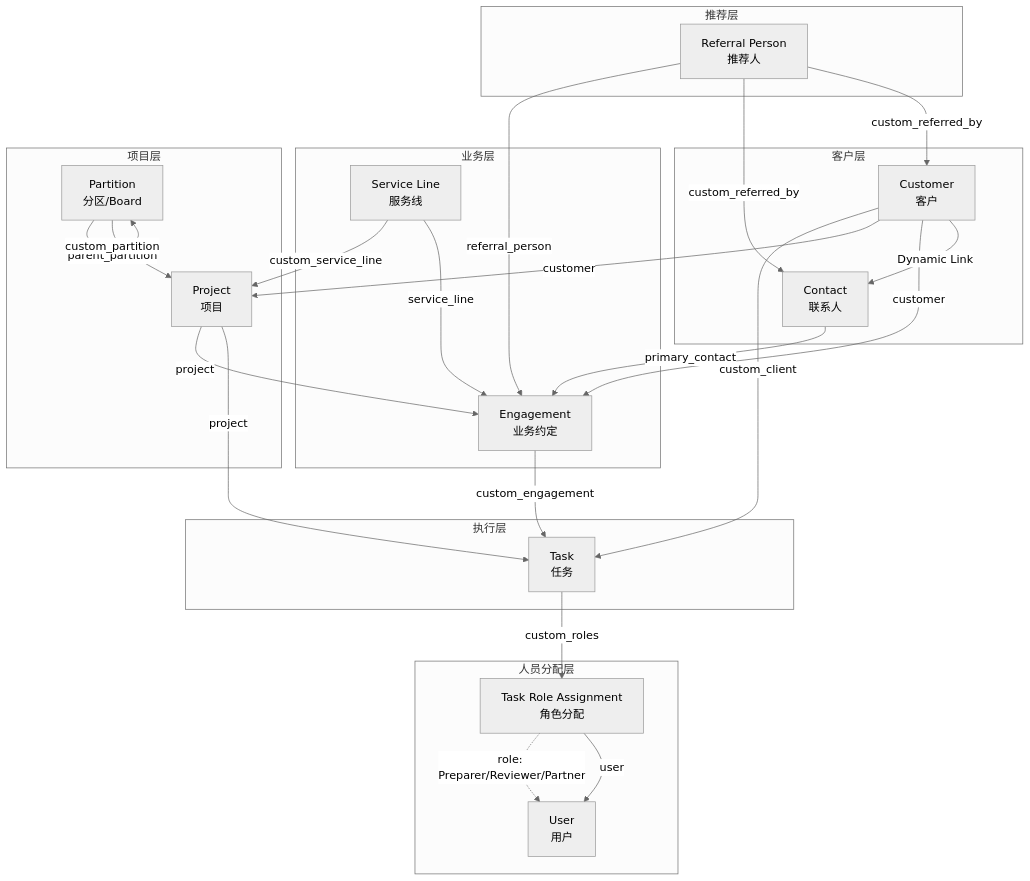
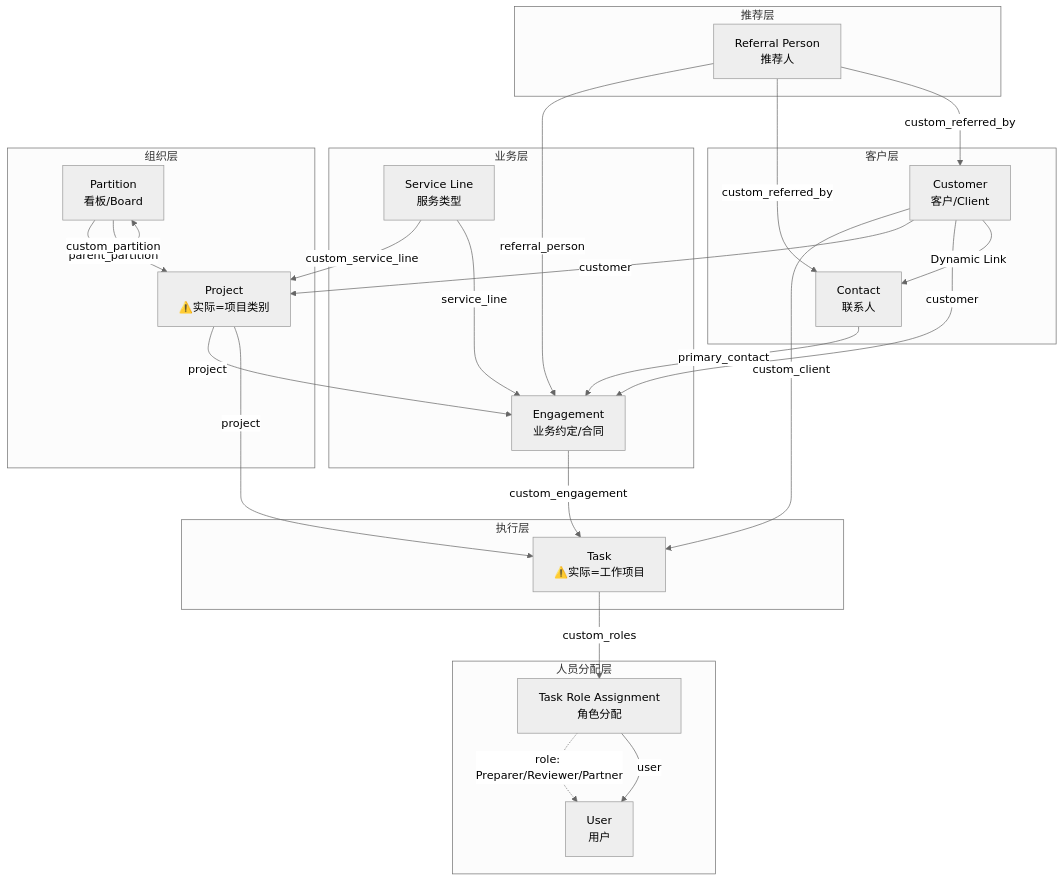
One commit to Top-Figures-Business-Solution-Pty-Ltd/Smart-Accounting-SaaS-Platform changed the diagram in smart_accounting_data_architecture.md. Above: the diagram before and after it, drawn with Mermaid (neutral theme). The commit also changed other lines of this file, not shown here.

Commit message:
7th update: architecture summary updated

````diff
--- a/smart_accounting_data_architecture.md
+++ b/smart_accounting_data_architecture.md
@@ -5,64 +22,64 @@
 ```mermaid
 flowchart TB
     subgraph 推荐层
         RP[Referral Person<br/>推荐人]
     end
     
     subgraph 客户层
-        CUS[Customer<br/>客户]
+        CUS[Customer<br/>客户/Client]
         CON[Contact<br/>联系人]
     end
     
     subgraph 业务层
-        ENG[Engagement<br/>业务约定]
-        SL[Service Line<br/>服务线]
+        ENG[Engagement<br/>业务约定/合同]
+        SL[Service Line<br/>服务类型]
     end
     
-    subgraph 项目层
-        PAR[Partition<br/>分区/Board]
-        PRO[Project<br/>项目]
+    subgraph 组织层
+        PAR[Partition<br/>看板/Board]
+        PRO[Project<br/>⚠️实际=项目类别]
     end
     
     subgraph 执行层
-        TASK[Task<br/>任务]
+        TASK[Task<br/>⚠️实际=工作项目]
     end
     
     subgraph 人员分配层
         TRA[Task Role Assignment<br/>角色分配]
         USER[User<br/>用户]
     end
     
     %% Referral Person 关系
     RP -->|custom_referred_by| CUS
     RP -->|custom_referred_by| CON
     RP -->|referral_person| ENG
     
     %% Customer 关系
     CUS -->|Dynamic Link| CON
     CUS -->|customer| ENG
     CUS -->|customer| PRO
     CUS -->|custom_client| TASK
     
     %% Contact 关系
     CON -->|primary_contact| ENG
     
     %% Service Line 关系
     SL -->|service_line| ENG
     SL -->|custom_service_line| PRO
     
     %% Partition 关系
     PAR -->|parent_partition| PAR
     PAR -->|custom_partition| PRO
     
     %% Project 关系
     PRO -->|project| TASK
     PRO -->|project| ENG
     
     %% Engagement 关系
     ENG -->|custom_engagement| TASK
     
     %% Task 角色分配关系
     TASK -->|custom_roles| TRA
     TRA -->|user| USER
     TRA -.->|role: Preparer/Reviewer/Partner| USER
 ```
````
